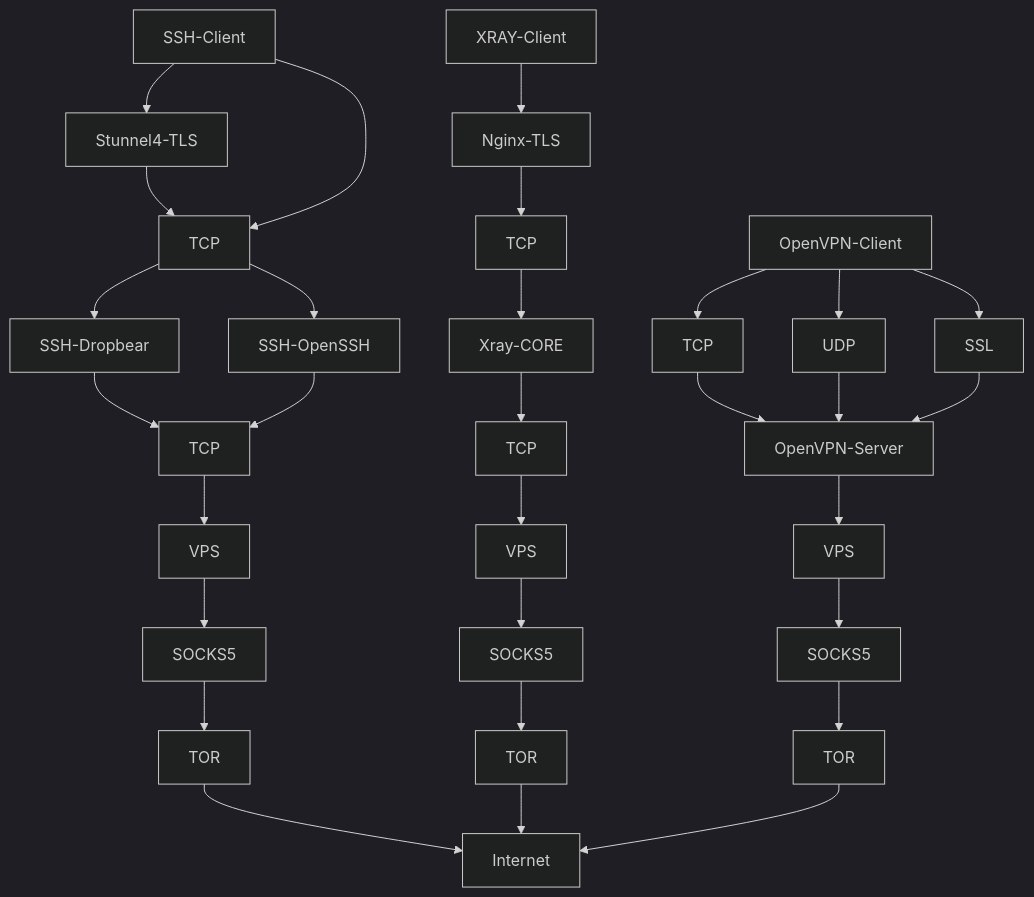
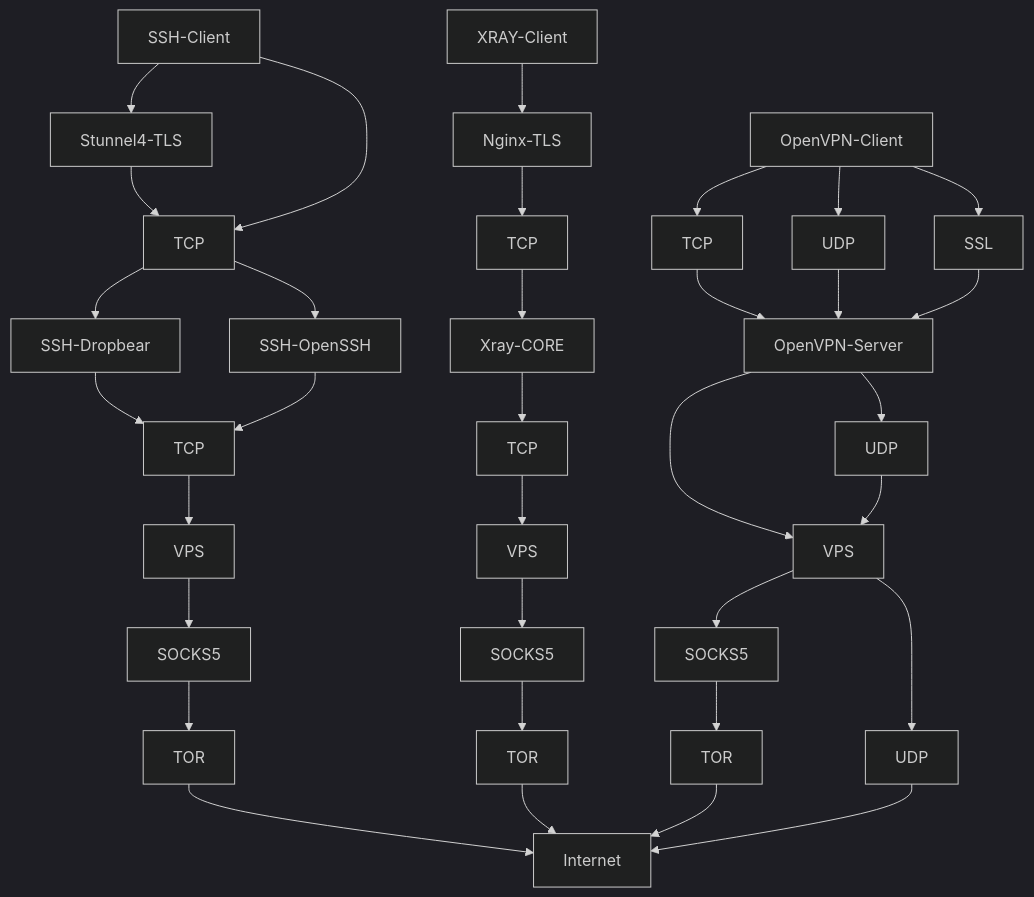
The diagram in ssh/tor.md (givps/AutoScriptXray), drawn with Mermaid (dark theme) before and after one commit.

````diff
--- a/ssh/tor.md
+++ b/ssh/tor.md
@@ -3,9 +3,9 @@
 ```mermaid
 graph TD;
 1[SSH-Client]-->2[Stunnel4-TLS]-->3[TCP]-->4[SSH-Dropbear]-->6[TCP]-->7[VPS]-->8[SOCKS5]-->9[TOR]-->19[Internet];
 1[SSH-Client]-->3[TCP]-->5[SSH-OpenSSH]-->6[TCP];
 A[XRAY-Client]-->B[Nginx-TLS]-->C[TCP]-->D[Xray-CORE]-->E[TCP]-->F[VPS]-->G[SOCKS5]-->H[TOR]-->19[Internet];
 11[OpenVPN-Client]-->12[TCP]-->15[OpenVPN-Server]-->16[VPS]-->17[SOCKS5]-->18[TOR]-->19[Internet];
-11[OpenVPN-Client]-->13[UDP]-->15[OpenVPN-Server];
+11[OpenVPN-Client]-->13[UDP]-->15[OpenVPN-Server]-->21[UDP]-->16[VPS]-->22[UDP]-->19[Internet];
 11[OpenVPN-Client]-->14[SSL]-->15[OpenVPN-Server];
 ```
````
